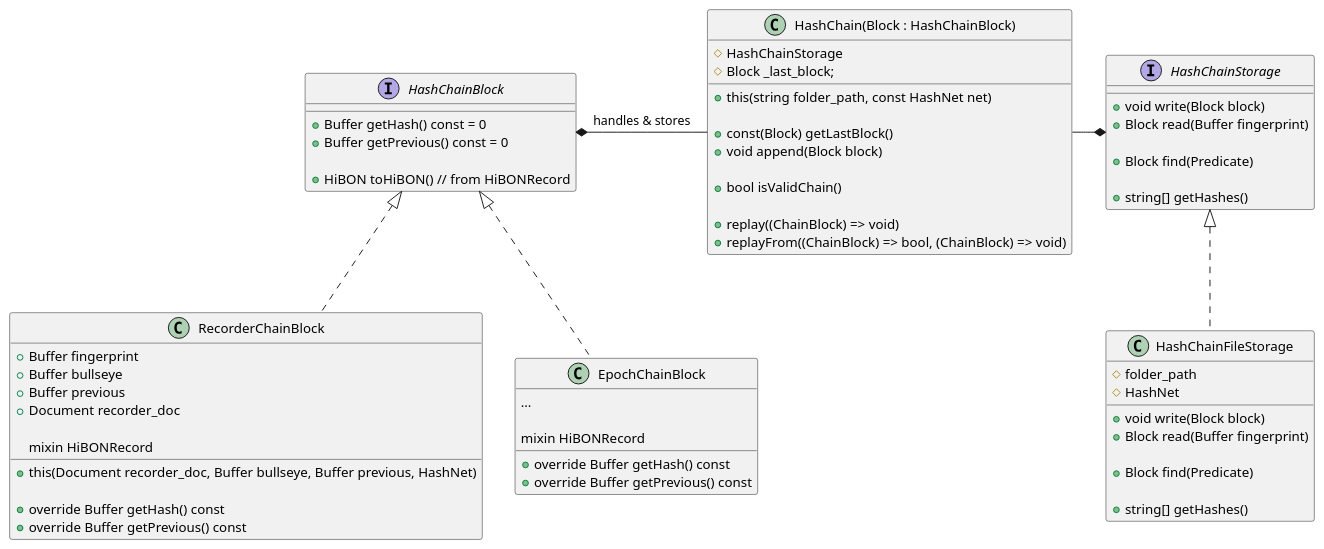
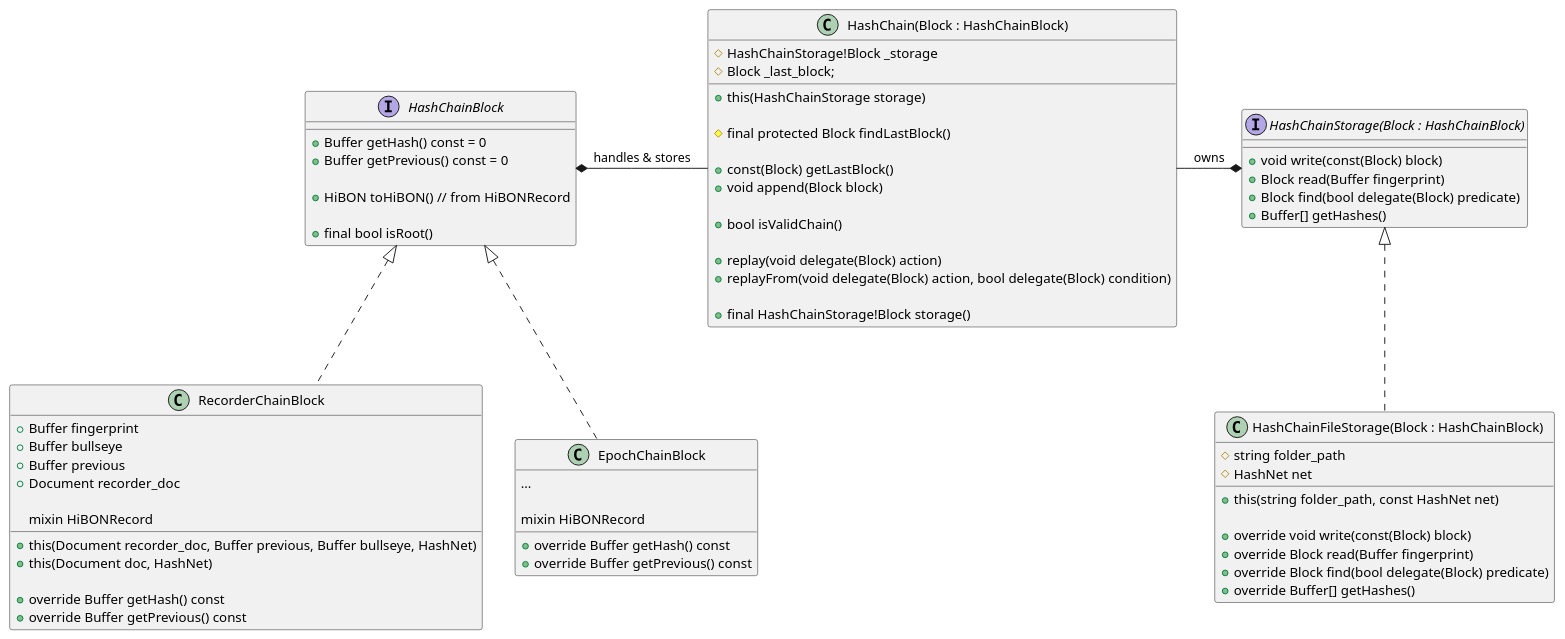
Before and after one commit to tagion/tagion: the diagram in src/lib-hashchain/tagion/uml/Hash Chain Class Diagram.wsd, drawn with PlantUML. The commit also changed 1 other file, not shown here.

Commit message:
update diagram

```diff
--- a/src/lib-hashchain/tagion/uml/Hash Chain Class Diagram.wsd
+++ b/src/lib-hashchain/tagion/uml/Hash Chain Class Diagram.wsd
@@ -1,78 +1,83 @@
 @startuml
 
 interface HashChainBlock {
     + Buffer getHash() const = 0
     + Buffer getPrevious() const = 0
 
     + HiBON toHiBON() // from HiBONRecord
+
+    + final bool isRoot()
 }
 
 class RecorderChainBlock {
     + Buffer fingerprint
     + Buffer bullseye
     + Buffer previous
     + Document recorder_doc
 
     mixin HiBONRecord
 
-    + this(Document recorder_doc, Buffer bullseye, Buffer previous, HashNet)
+    + this(Document recorder_doc, Buffer previous, Buffer bullseye, HashNet)
+    + this(Document doc, HashNet)
 
     + override Buffer getHash() const
     + override Buffer getPrevious() const
 }
 
 HashChainBlock <|.. RecorderChainBlock
 
 class EpochChainBlock {
     ...
 
     mixin HiBONRecord
 
     + override Buffer getHash() const
     + override Buffer getPrevious() const
 }
 
 HashChainBlock <|.. EpochChainBlock
 
 class "HashChain(Block : HashChainBlock)" as HashChain {
-    # HashChainStorage
+    # HashChainStorage!Block _storage
     # Block _last_block;
 
-    + this(string folder_path, const HashNet net)
+    + this(HashChainStorage storage)
+
+    # final protected Block findLastBlock()
 
     + const(Block) getLastBlock()
     + void append(Block block)
 
     + bool isValidChain()
 
-    + replay((ChainBlock) => void)
-    + replayFrom((ChainBlock) => bool, (ChainBlock) => void)
+    + replay(void delegate(Block) action)
+    + replayFrom(void delegate(Block) action, bool delegate(Block) condition)
+
+    + final HashChainStorage!Block storage()
 }
 
 HashChainBlock *- HashChain : handles & stores
-HashChain -* HashChainStorage
+HashChain -* HashChainStorage : owns
 
-interface HashChainStorage {
-    + void write(Block block)
+interface "HashChainStorage(Block : HashChainBlock)" as HashChainStorage {
+    + void write(const(Block) block)
     + Block read(Buffer fingerprint)
-
-    + Block find(Predicate)
-
-    + string[] getHashes()
+    + Block find(bool delegate(Block) predicate)
+    + Buffer[] getHashes()
 }
 
-class HashChainFileStorage {
-    # folder_path
-    # HashNet
+class "HashChainFileStorage(Block : HashChainBlock)" as HashChainFileStorage {
+    # string folder_path
+    # HashNet net
 
-    + void write(Block block)
-    + Block read(Buffer fingerprint)
+    + this(string folder_path, const HashNet net)
 
-    + Block find(Predicate)
-
-    + string[] getHashes()
+    + override void write(const(Block) block)
+    + override Block read(Buffer fingerprint) 
+    + override Block find(bool delegate(Block) predicate)
+    + override Buffer[] getHashes()
 }
 
 HashChainStorage <|.. HashChainFileStorage
 
 @enduml
```
